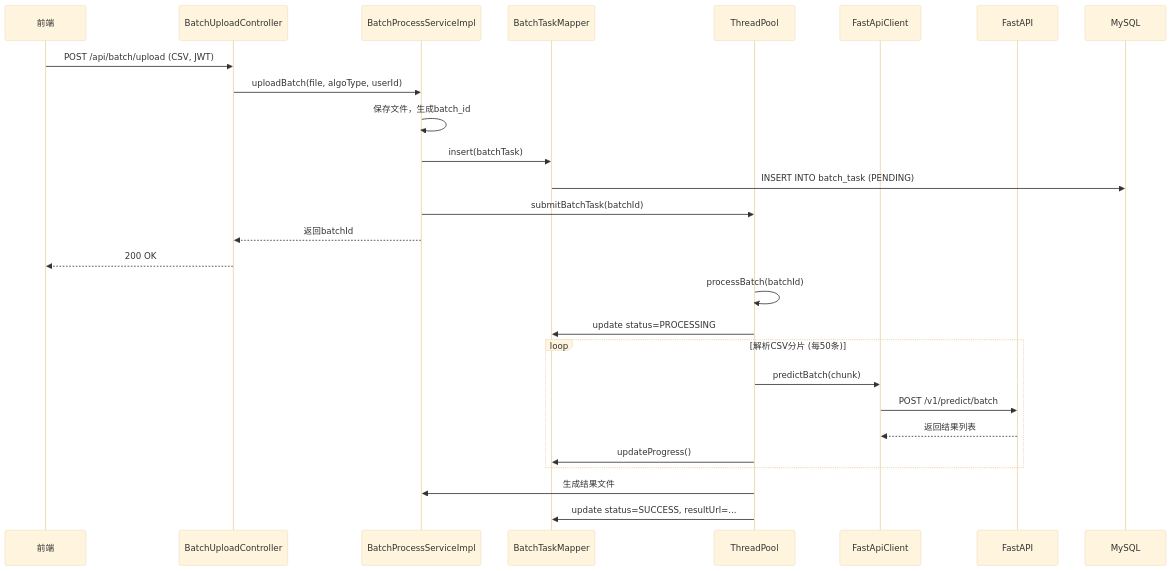
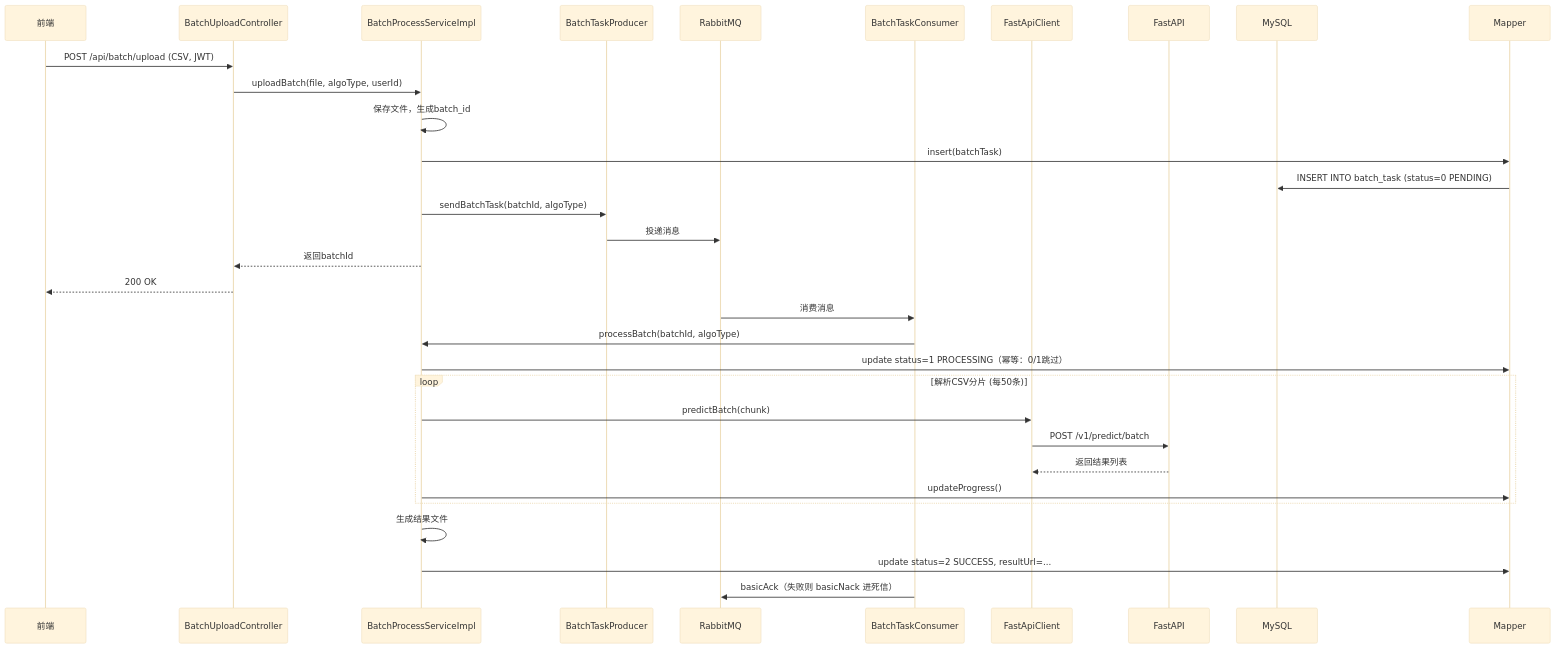
One commit to Ljz4777/SynPharm changed the third of 4 diagrams in docs/modules/predict/AI预测核心模块技术开发文档.md. Above: the diagram before and after it, drawn with Mermaid (base theme). The commit also changed other lines of this file and 43 other files, not shown here.

````diff
--- a/docs/modules/predict/AI预测核心模块技术开发文档.md
+++ b/docs/modules/predict/AI预测核心模块技术开发文档.md
@@ -400,35 +400,39 @@
 ```mermaid
 sequenceDiagram
     participant Client as 前端
     participant Controller as BatchUploadController
     participant Service as BatchProcessServiceImpl
-    participant Mapper as BatchTaskMapper
-    participant Executor as ThreadPool
+    participant Producer as BatchTaskProducer
+    participant MQ as RabbitMQ
+    participant Consumer as BatchTaskConsumer
     participant ClientHttp as FastApiClient
     participant FA as FastAPI
     participant DB as MySQL
 
     Client->>Controller: POST /api/batch/upload (CSV, JWT)
     Controller->>Service: uploadBatch(file, algoType, userId)
     
     Service->>Service: 保存文件，生成batch_id
     Service->>Mapper: insert(batchTask)
-    Mapper->>DB: INSERT INTO batch_task (PENDING)
+    Mapper->>DB: INSERT INTO batch_task (status=0 PENDING)
     
-    Service->>Executor: submitBatchTask(batchId)
+    Service->>Producer: sendBatchTask(batchId, algoType)
+    Producer->>MQ: 投递消息
     Service-->>Controller: 返回batchId
     Controller-->>Client: 200 OK
     
-    Executor->>Executor: processBatch(batchId)
-    Executor->>Mapper: update status=PROCESSING
+    MQ->>Consumer: 消费消息
+    Consumer->>Service: processBatch(batchId, algoType)
+    Service->>Mapper: update status=1 PROCESSING（幂等：0/1跳过）
     
     loop 解析CSV分片 (每50条)
-        Executor->>ClientHttp: predictBatch(chunk)
+        Service->>ClientHttp: predictBatch(chunk)
         ClientHttp->>FA: POST /v1/predict/batch
         FA-->>ClientHttp: 返回结果列表
-        Executor->>Mapper: updateProgress()
+        Service->>Mapper: updateProgress()
     end
     
-    Executor->>Service: 生成结果文件
-    Executor->>Mapper: update status=SUCCESS, resultUrl=...
+    Service->>Service: 生成结果文件
+    Service->>Mapper: update status=2 SUCCESS, resultUrl=...
+    Consumer->>MQ: basicAck（失败则 basicNack 进死信）
 ```
````
